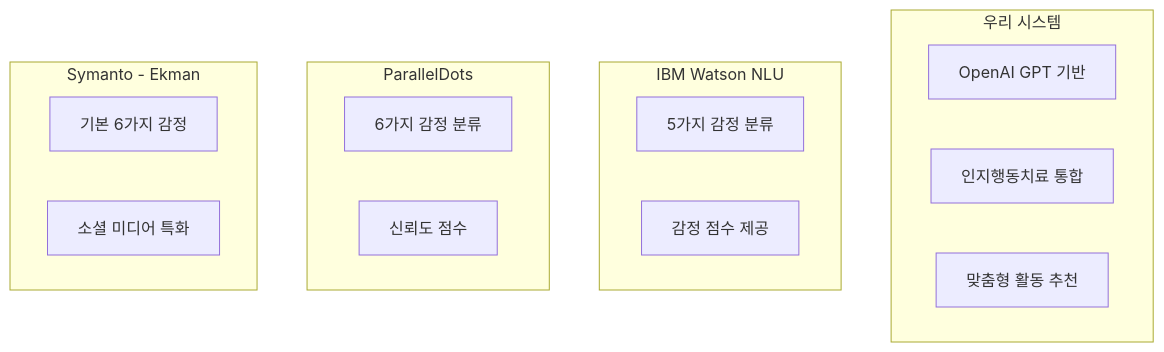
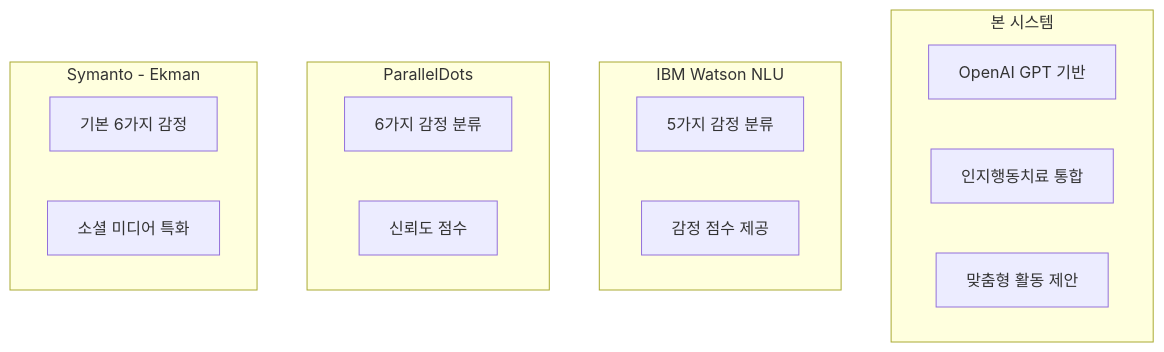
The ninth of 10 diagrams in content/archive/legacy/QnA-MarkDown/emotion_diary/ver_2/add.md (choisimo/document), drawn with Mermaid before and after one commit. The commit also changed other lines of this file and 432 other files, not shown here.

````diff
--- a/content/archive/legacy/QnA-MarkDown/emotion_diary/ver_2/add.md
+++ b/content/archive/legacy/QnA-MarkDown/emotion_diary/ver_2/add.md
@@ -358,23 +358,23 @@
 ```mermaid
 flowchart TD
-    subgraph "우리 시스템"
+    subgraph "본 시스템"
         OUR_A[OpenAI GPT 기반]
         OUR_B[인지행동치료 통합]
-        OUR_C[맞춤형 활동 추천]
+        OUR_C[맞춤형 활동 제안]
     end
-    
+
     subgraph "IBM Watson NLU"
         IBM_A[5가지 감정 분류]
         IBM_B[감정 점수 제공]
     end
-    
+
     subgraph "ParallelDots"
         PD_A[6가지 감정 분류]
         PD_B[신뢰도 점수]
     end
-    
+
     subgraph "Symanto - Ekman"
         SE_A[기본 6가지 감정]
         SE_B[소셜 미디어 특화]
     end
 ```
````
